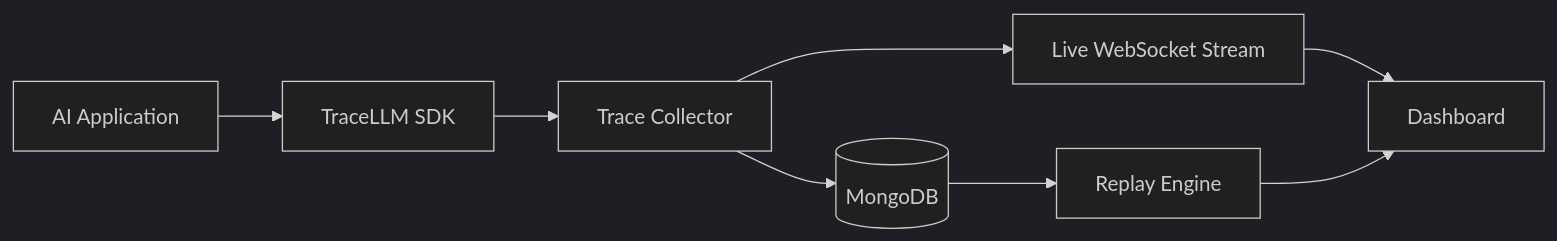
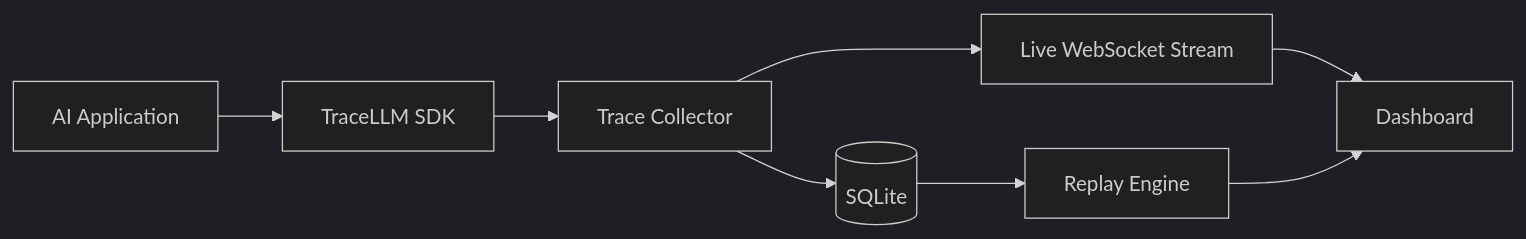
The first of 3 diagrams in README.md (avikcodes/traceLLM), drawn with Mermaid (dark theme) before and after one commit. The commit also changed other lines of this file, not shown here.

````diff
--- a/README.md
+++ b/README.md
@@ -112,18 +112,18 @@
 ```mermaid
 flowchart LR
 
 A[AI Application]
 --> B[TraceLLM SDK]
 
 B --> C[Trace Collector]
 
-C --> D[(MongoDB)]
+C --> D[(SQLite)]
 
 C --> E[Live WebSocket Stream]
 
 E --> F[Dashboard]
 
 D --> G[Replay Engine]
 
 G --> F
 ```
````
